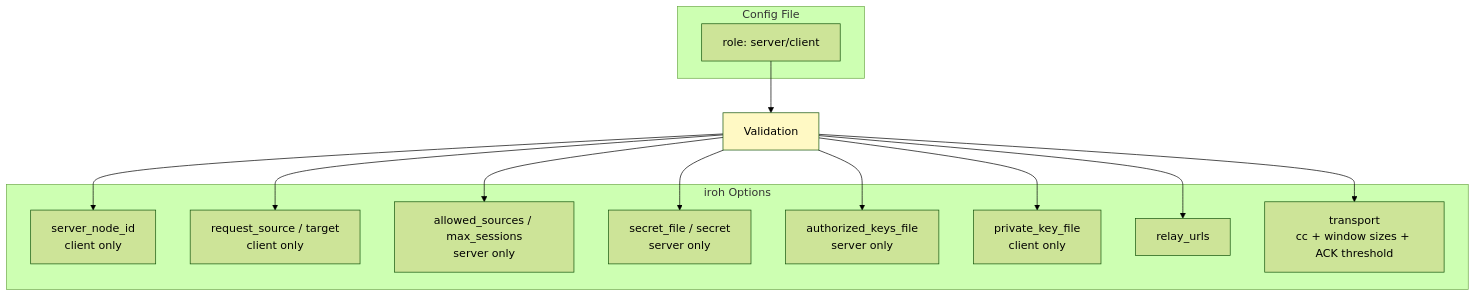
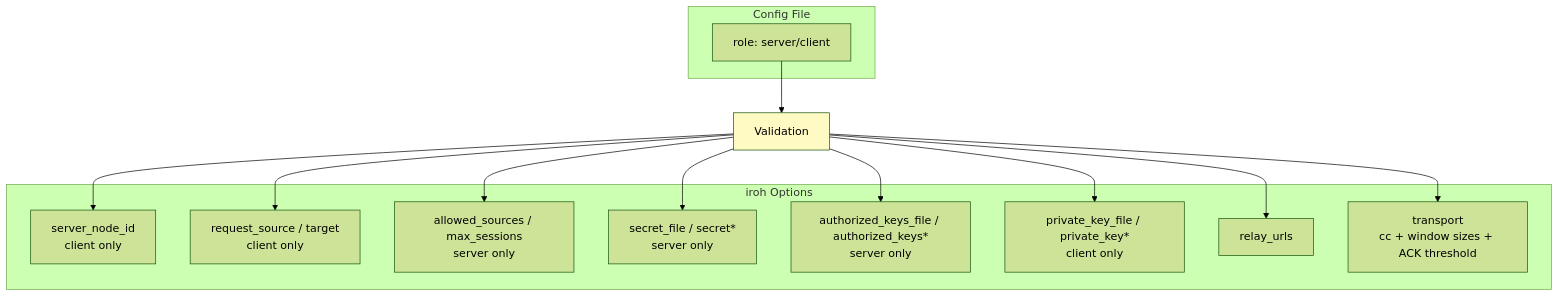
The ninth of 18 diagrams in docs/ARCHITECTURE.md (andrewtheguy/tunnel-rs), drawn with Mermaid (forest theme) before and after one commit. The commit also changed other lines of this file and 1 other file, not shown here.

Commit message:
Document the inline key forms in the CLI tables and config diagram
The two key flags are no longer unconditionally required, and the config
structure diagram listed only the _file fields.

````diff
--- a/docs/ARCHITECTURE.md
+++ b/docs/ARCHITECTURE.md
@@ -324,29 +324,29 @@
 ```mermaid
 graph TB
     subgraph "Config File"
         A[role: server/client]
     end
 
     subgraph "iroh Options"
         C[server_node_id<br/>client only]
         D[request_source / target<br/>client only]
         E[allowed_sources / max_sessions<br/>server only]
-        F[secret_file / secret<br/>server only]
-        G[authorized_keys_file<br/>server only]
-        H[private_key_file<br/>client only]
+        F[secret_file / secret*<br/>server only]
+        G[authorized_keys_file / authorized_keys*<br/>server only]
+        H[private_key_file / private_key*<br/>client only]
         I[relay_urls]
         J[transport<br/>cc + window sizes + ACK threshold]
     end
 
     A --> S[Validation]
     S --> C
     S --> D
     S --> E
     S --> F
     S --> G
     S --> H
     S --> I
     S --> J
 
     style S fill:#FFF9C4
 ```
````
